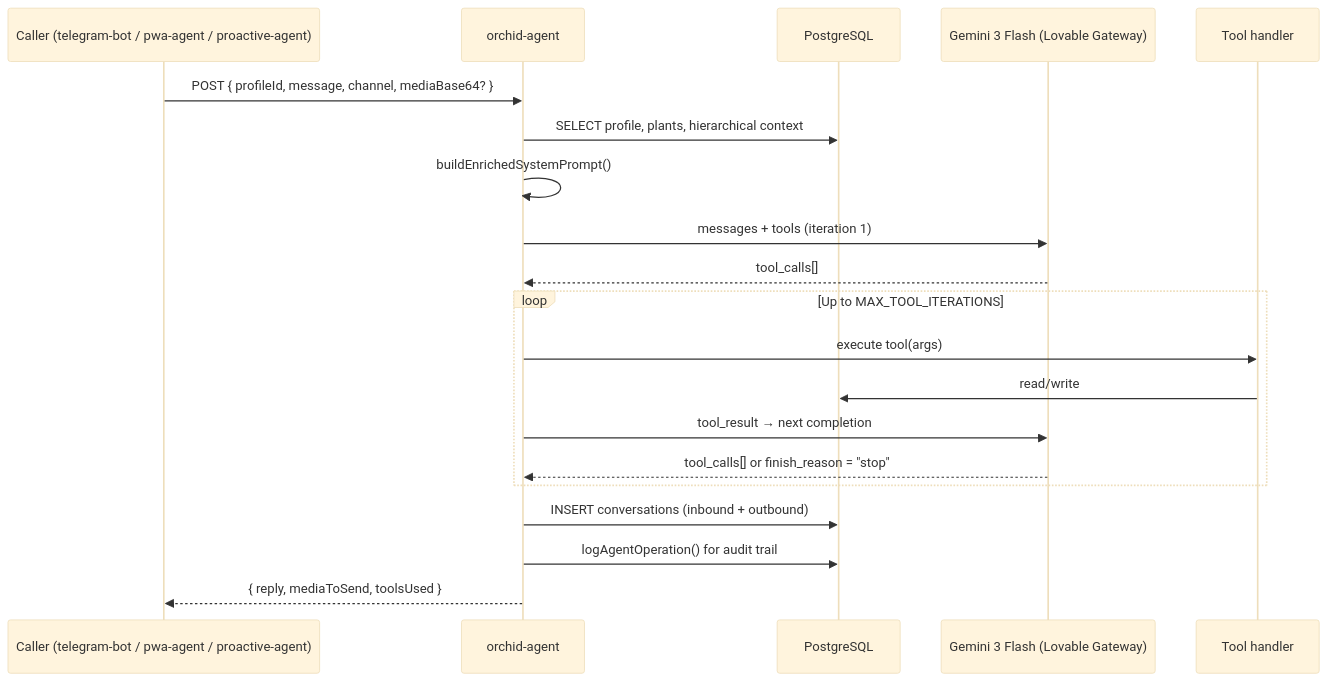
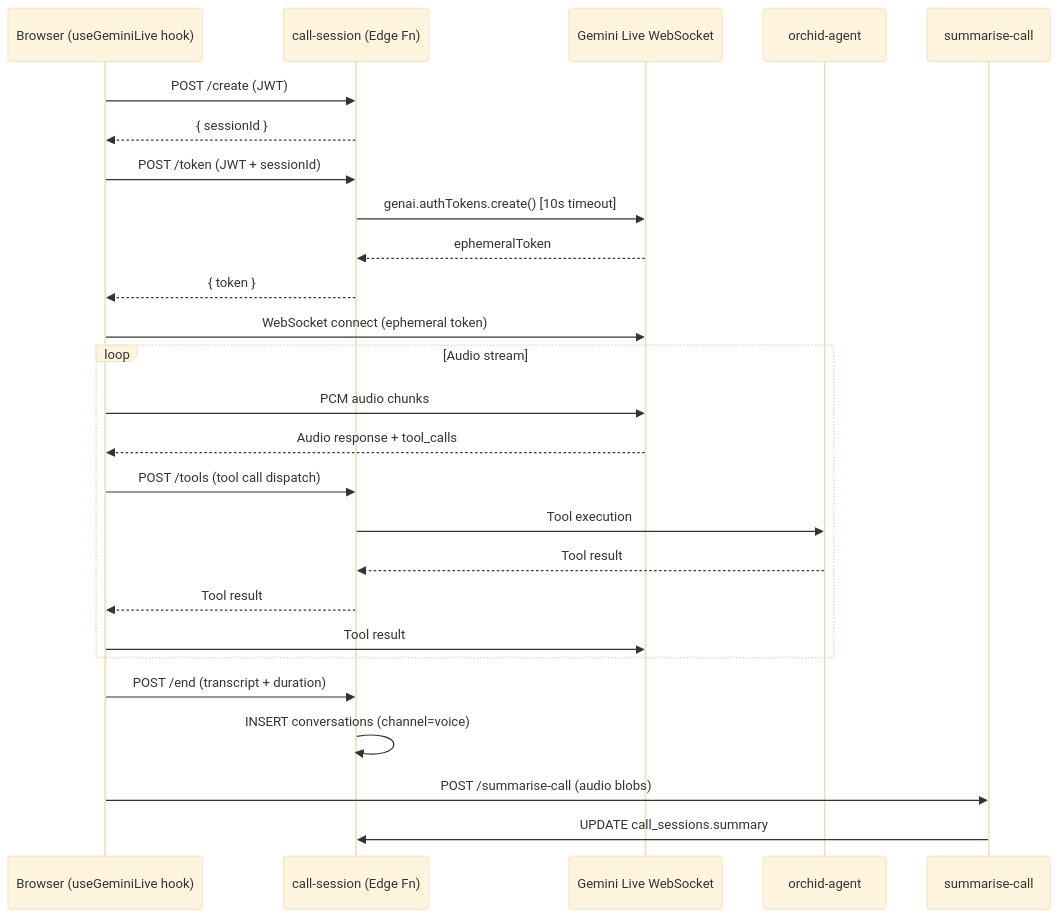
One commit to masudl-hub/orchidcare changed the fourth of 5 diagrams in docs/TECHNICAL_REPORT.md. Above: the diagram before and after it, drawn with Mermaid (base theme). The commit also changed other lines of this file and 1 other file, not shown here.

````diff
--- a/docs/TECHNICAL_REPORT.md
+++ b/docs/TECHNICAL_REPORT.md
@@ -347,23 +228,29 @@
 ```mermaid
 sequenceDiagram
-    participant Caller as Caller (telegram-bot / pwa-agent / proactive-agent)
+    participant Client as Browser (useGeminiLive hook)
+    participant CS as call-session (Edge Fn)
+    participant GL as Gemini Live WebSocket
     participant OA as orchid-agent
-    participant DB as PostgreSQL
-    participant AI as Gemini 3 Flash (Lovable Gateway)
-    participant Tool as Tool handler
+    participant SC as summarise-call
 
-    Caller->>OA: POST { profileId, message, channel, mediaBase64? }
-    OA->>DB: SELECT profile, plants, hierarchical context
-    OA->>OA: buildEnrichedSystemPrompt()
-    OA->>AI: messages + tools (iteration 1)
-    AI-->>OA: tool_calls[]
-    loop Up to MAX_TOOL_ITERATIONS
-        OA->>Tool: execute tool(args)
-        Tool->>DB: read/write
-        OA->>AI: tool_result → next completion
-        AI-->>OA: tool_calls[] or finish_reason = "stop"
+    Client->>CS: POST /create (JWT)
+    CS-->>Client: { sessionId }
+    Client->>CS: POST /token (JWT + sessionId)
+    CS->>GL: genai.authTokens.create() [10s timeout]
+    GL-->>CS: ephemeralToken
+    CS-->>Client: { token }
+    Client->>GL: WebSocket connect (ephemeral token)
+    loop Audio stream
+        Client->>GL: PCM audio chunks
+        GL-->>Client: Audio response + tool_calls
+        Client->>CS: POST /tools (tool call dispatch)
+        CS->>OA: Tool execution
+        OA-->>CS: Tool result
+        CS-->>Client: Tool result
+        Client->>GL: Tool result
     end
-    OA->>DB: INSERT conversations (inbound + outbound)
-    OA->>DB: logAgentOperation() for audit trail
-    OA-->>Caller: { reply, mediaToSend, toolsUsed }
+    Client->>CS: POST /end (transcript + duration)
+    CS->>CS: INSERT conversations (channel=voice)
+    Client->>SC: POST /summarise-call (audio blobs)
+    SC->>CS: UPDATE call_sessions.summary
 ```
````
